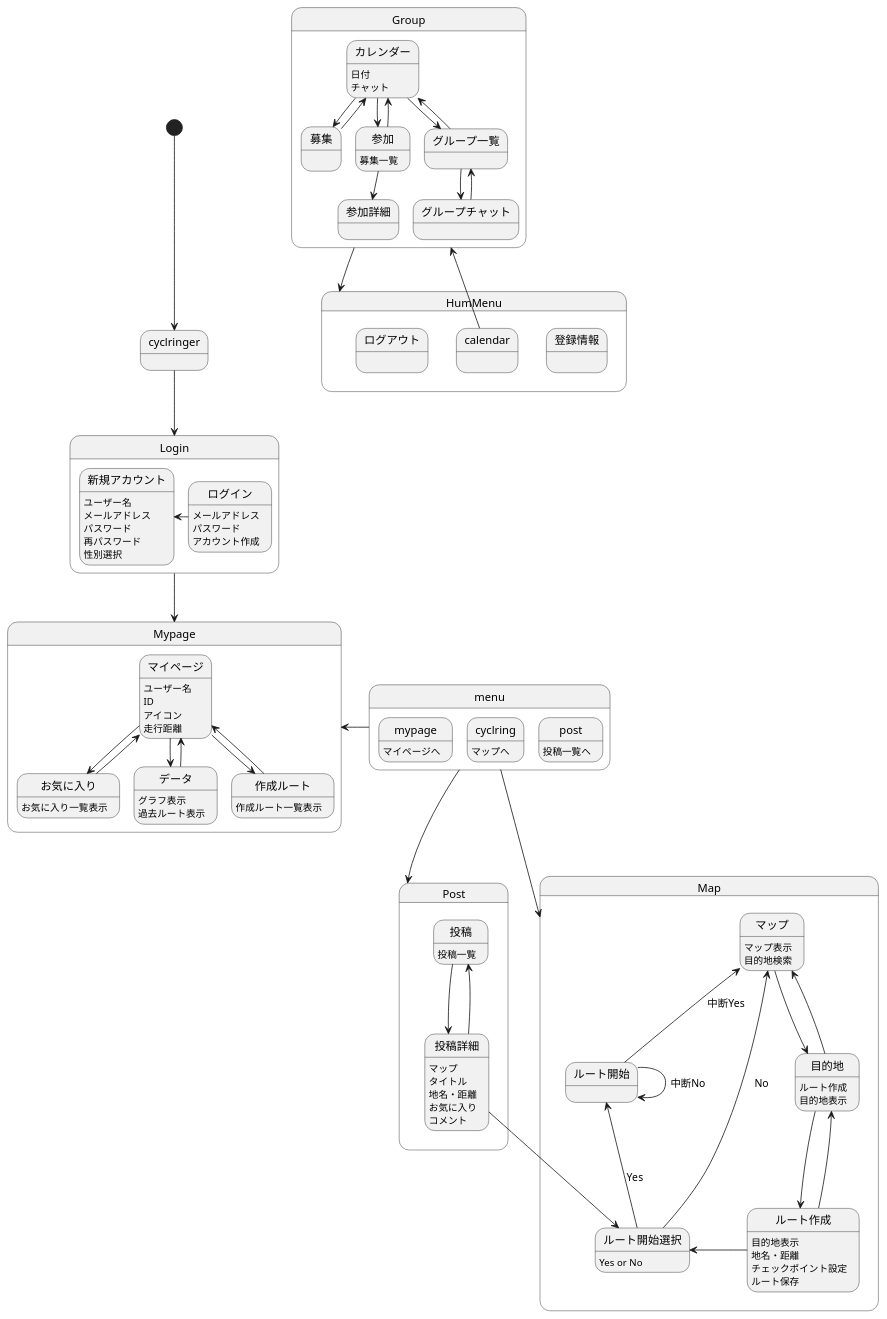
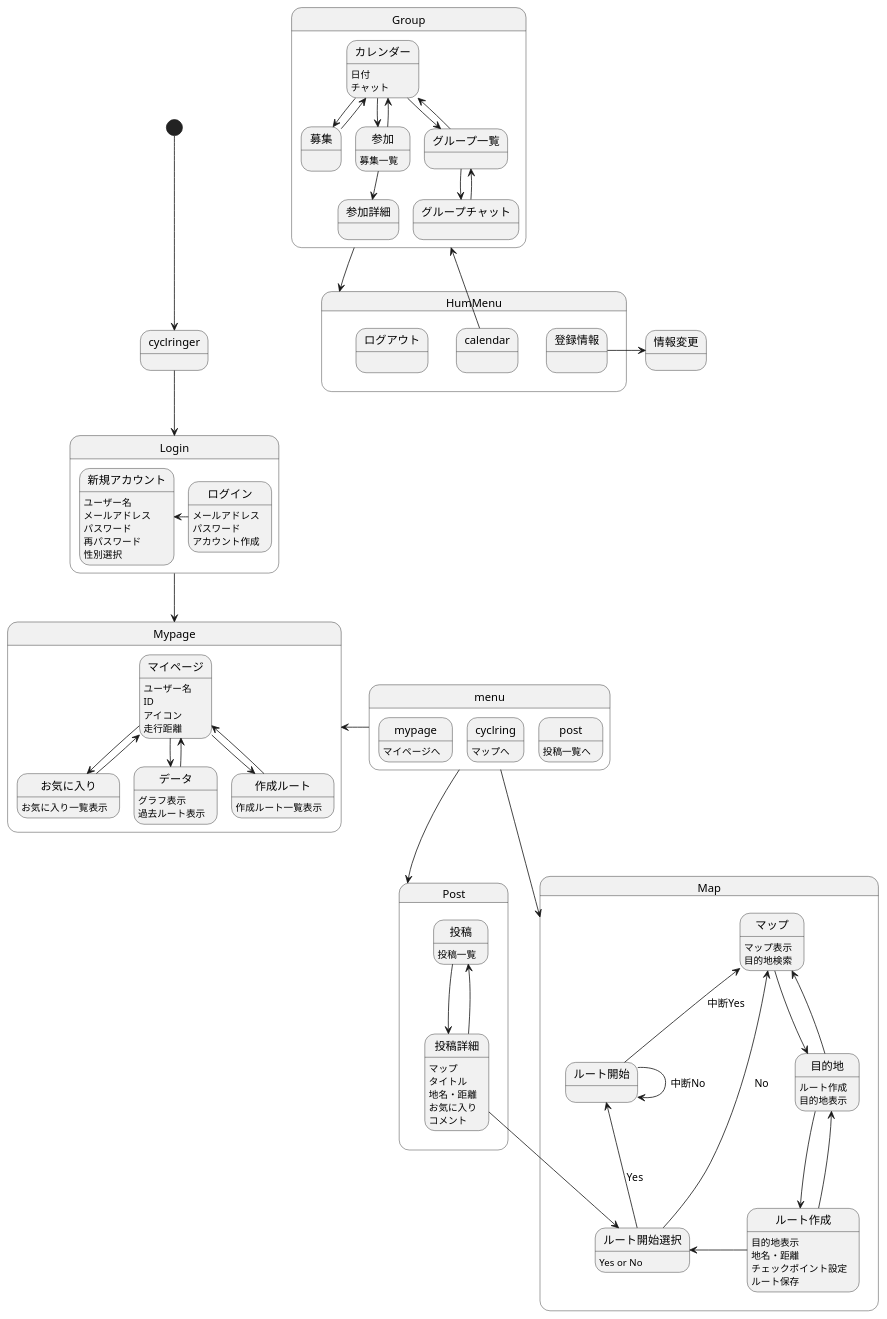
The diagram in 画面遷移図/gm.md (AsoSD3A3/CyclingSystem), drawn with PlantUML before and after one commit.

```diff
--- a/画面遷移図/gm.md
+++ b/画面遷移図/gm.md
@@ -15,6 +15,7 @@
 ログアウト:
 }
 
+登録情報-right->情報変更
 calendar-up->Group
 Group-->HumMenu
 
```
